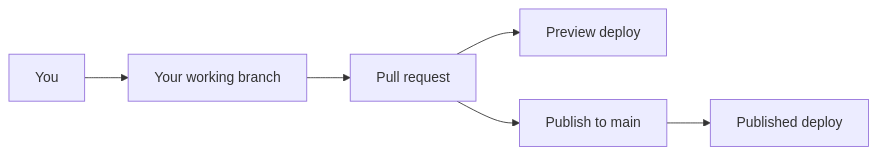
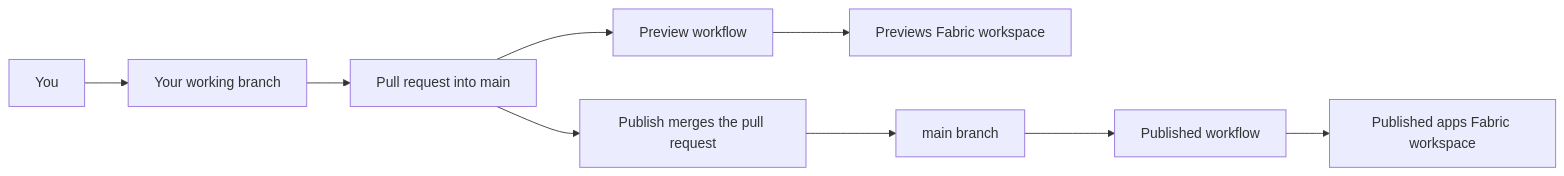
One commit to BeSmarterWithData/rayfin-fabricator changed the diagram in website/content/docs/team/index.mdx. Above: the diagram before and after it, drawn with Mermaid. The commit also changed 19 other files, not shown here.

````diff
--- a/website/content/docs/team/index.mdx
+++ b/website/content/docs/team/index.mdx
@@ -26,15 +26,16 @@
 ```mermaid
 flowchart LR
   You["You"] --> Branch["Your working branch"]
-  Branch --> PullRequest["Pull request"]
-  PullRequest --> Preview["Preview deploy"]
-  PullRequest --> Main["Publish to main"]
-  Main --> Published["Published deploy"]
+  Branch --> PullRequest["Pull request into main"]
+  PullRequest --> PreviewWorkflow["Preview workflow"]
+  PreviewWorkflow --> PreviewWorkspace["Previews Fabric workspace"]
+  PullRequest --> Publish["Publish merges the pull request"]
+  Publish --> Main["main branch"]
+  Main --> PublishWorkflow["Published workflow"]
+  PublishWorkflow --> PublishedWorkspace["Published apps Fabric workspace"]
 
   class You actor
-  class Branch store
-  class PullRequest service
-  class Preview experimental
-  class Main store
-  class Published service
+  class Branch,PullRequest,Main store
+  class PreviewWorkflow,Publish,PublishWorkflow service
+  class PreviewWorkspace,PublishedWorkspace external
 ```
````
